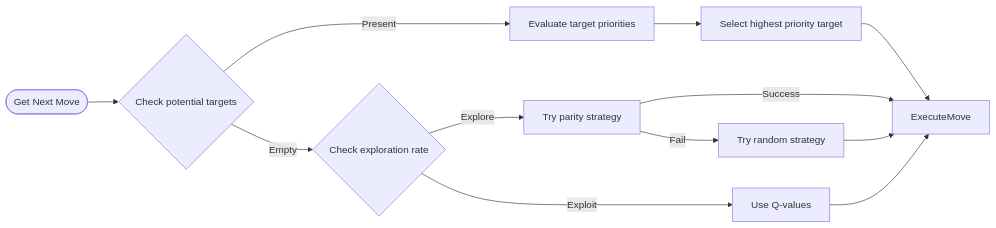
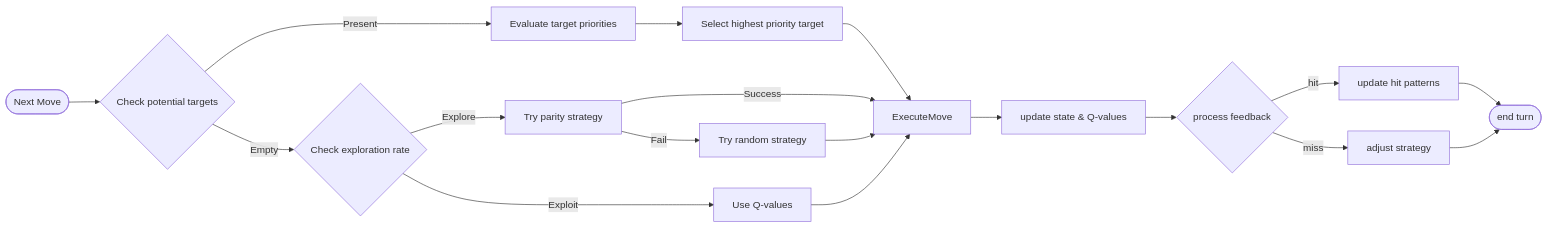
The first of 2 diagrams in README.md (werka-z/RL-battleships), drawn with Mermaid before and after one commit.

Commit message:
Add missing decision diagram part

````diff
--- a/README.md
+++ b/README.md
@@ -59,18 +59,27 @@
 ```mermaid
 flowchart LR
-    Start([Get Next Move]) --> PotentialTargets{Check potential targets}
+    Start([Next Move]) --> PotentialTargets{Check potential targets}
     PotentialTargets -->|Present| EvaluateTargets[Evaluate target priorities]
     PotentialTargets -->|Empty| ExplorationCheck{Check exploration rate}
     
     EvaluateTargets --> SelectBestTarget[Select highest priority target]
     SelectBestTarget --> ExecuteMove
     
     ExplorationCheck -->|Explore| TryParity[Try parity strategy]
     ExplorationCheck -->|Exploit| QValues[Use Q-values]
     
     TryParity -->|Success| ExecuteMove
     TryParity -->|Fail| TryRandom[Try random strategy]
     
     TryRandom --> ExecuteMove
     QValues --> ExecuteMove
+    
+    ExecuteMove --> UpdateState[update state & Q-values]
+    UpdateState --> Feedback{process feedback}
+    
+    Feedback -->|hit| UpdateHitPattern[update hit patterns]
+    Feedback -->|miss| AdjustStrategy[adjust strategy]
+    
+    UpdateHitPattern --> End([end turn])
+    AdjustStrategy --> End
 ```
````
